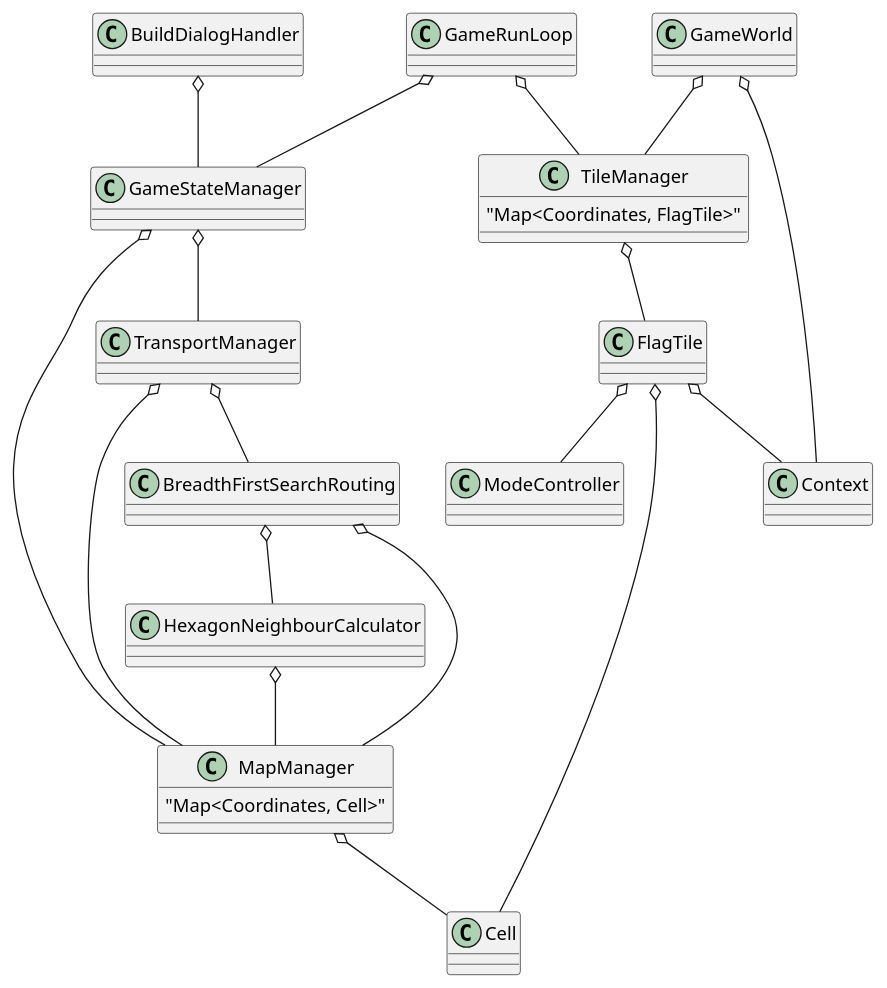
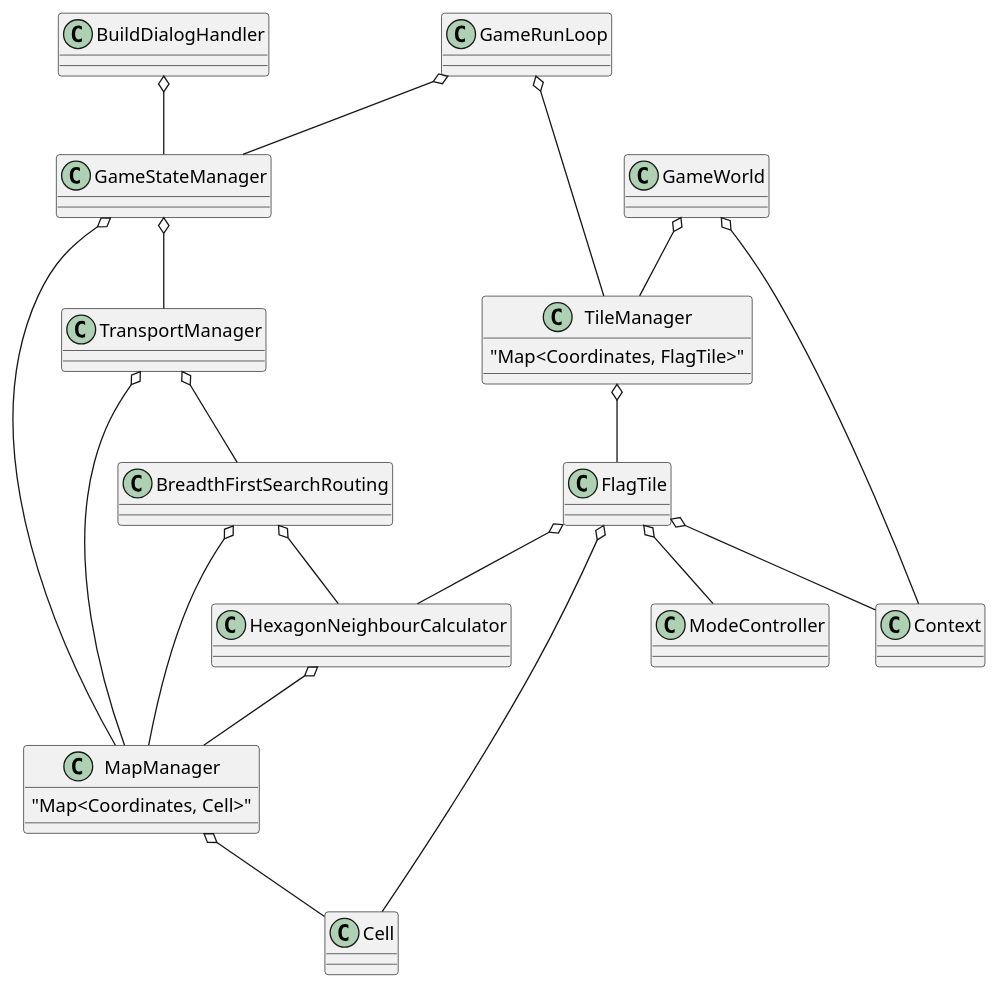
The diagram in Overview.puml (Ti-m/TownshipSurvival), drawn with PlantUML before and after one commit. The commit also changed 35 other files, not shown here.

Commit message:
Prepare Road graphics

```diff
--- a/Overview.puml
+++ b/Overview.puml
@@ -1,34 +1,35 @@
 @startuml
 GameRunLoop o-- GameStateManager
 GameRunLoop o-- TileManager
 
 GameStateManager o-- MapManager
 GameStateManager o-- TransportManager
 
 TransportManager o-- MapManager
 TransportManager o-- BreadthFirstSearchRouting
 
 HexagonNeighbourCalculator o-- MapManager
 
 BreadthFirstSearchRouting o-- MapManager
 BreadthFirstSearchRouting o-- HexagonNeighbourCalculator
 
 BuildDialogHandler o-- GameStateManager
 
 GameWorld o-- Context
 GameWorld o-- TileManager
 
 class TileManager {
     "Map<Coordinates, FlagTile>"
 }
 TileManager o-- FlagTile
 
 class MapManager {
     "Map<Coordinates, Cell>"
 }
 MapManager o-- Cell
 
 FlagTile o-- Cell
 FlagTile o-- ModeController
 FlagTile o-- Context
+FlagTile o-- HexagonNeighbourCalculator
 @enduml
```
